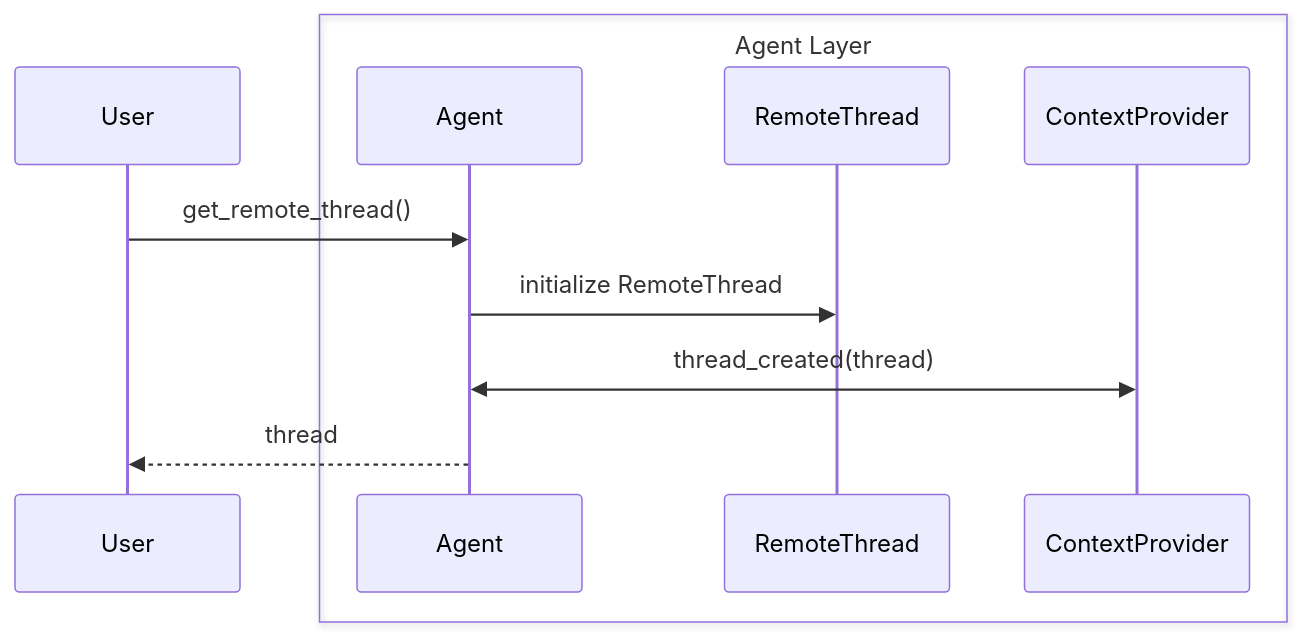
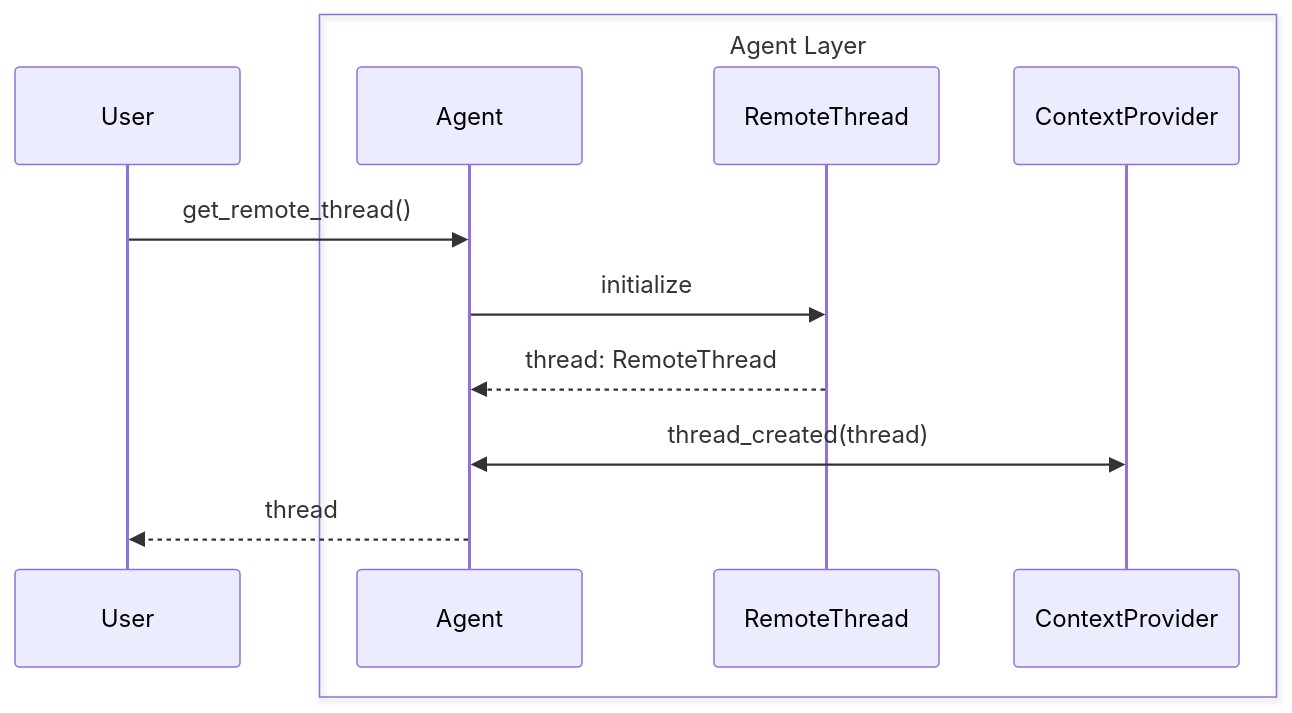
The fifth of 7 diagrams in docs/decisions/00XX-python-agent-threads.md (microsoft/agent-framework), drawn with Mermaid before and after one commit. The commit also changed other lines of this file, not shown here.

Commit message:
udpated create flows

````diff
--- a/docs/decisions/00XX-python-agent-threads.md
+++ b/docs/decisions/00XX-python-agent-threads.md
@@ -194,15 +195,16 @@
 ```mermaid
 sequenceDiagram
         participant User
     box Agent Layer
         participant Agent
         participant RemoteThread
         participant ContextProvider
     end
 
 
     User->>Agent: get_remote_thread()
-    Agent->>RemoteThread: initialize RemoteThread
+    Agent->>RemoteThread: initialize
+    RemoteThread-->>Agent: thread: RemoteThread
     Agent<<->>ContextProvider: thread_created(thread)
     Agent-->>User: thread
 ```
````
